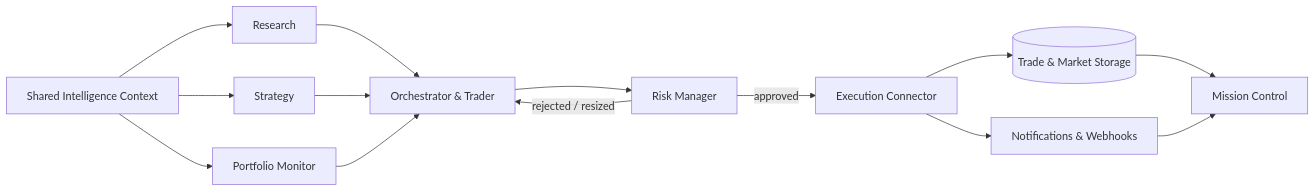
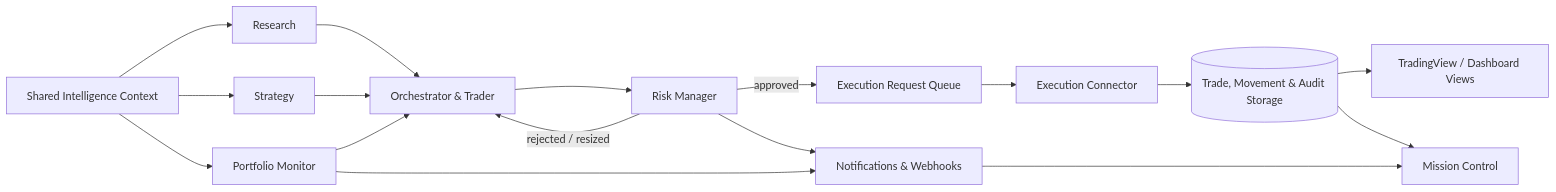
One commit to Gabriel-0110/.hermes changed the third of 7 diagrams in docs/architecture/hermes-trader-architecture.md. Above: the diagram before and after it, drawn with Mermaid. The commit also changed other lines of this file and 55 other files, not shown here.

````diff
--- a/docs/architecture/hermes-trader-architecture.md
+++ b/docs/architecture/hermes-trader-architecture.md
@@ -606,19 +652,22 @@
 ```mermaid
 flowchart LR
   CTX[Shared Intelligence Context] --> MR[Research]
   CTX --> SA[Strategy]
   CTX --> PM[Portfolio Monitor]
 
   MR --> OT[Orchestrator & Trader]
   SA --> OT
   PM --> OT
 
   OT --> RM[Risk Manager]
-  RM -->|approved| EX[Execution Connector]
+  RM -->|approved| EQ[Execution Request Queue]
   RM -->|rejected / resized| OT
+  PM --> NWH[Notifications & Webhooks]
+  RM --> NWH
 
-  EX --> DB[(Trade & Market Storage)]
-  EX --> NWH[Notifications & Webhooks]
+  EQ --> EX[Execution Connector]
+  EX --> DB[(Trade, Movement & Audit Storage)]
+  DB --> TV[TradingView / Dashboard Views]
   DB --> MC[Mission Control]
   NWH --> MC
 ```
````
